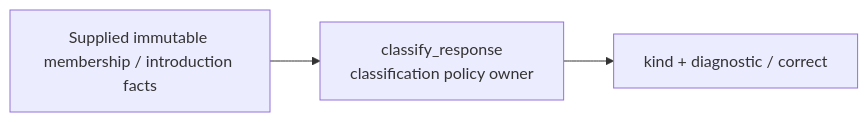
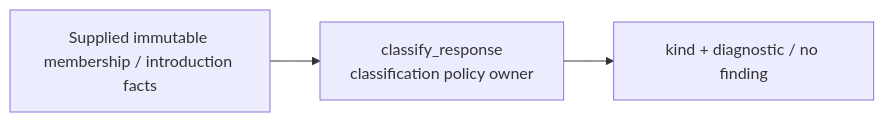
One commit to aaweaver-actuary/tempo changed the first of 2 diagrams in packages/game-classification/README.md. Above: the diagram before and after it, drawn with Mermaid. The commit also changed other lines of this file and 5 other files, not shown here.

````diff
--- a/packages/game-classification/README.md
+++ b/packages/game-classification/README.md
@@ -11,5 +12,5 @@
 ```mermaid
 flowchart LR
   Facts["Supplied immutable membership / introduction facts"] --> Policy["classify_response\nclassification policy owner"]
-  Policy --> Result["kind + diagnostic / correct"]
+  Policy --> Result["kind + diagnostic / no finding"]
 ```
````
